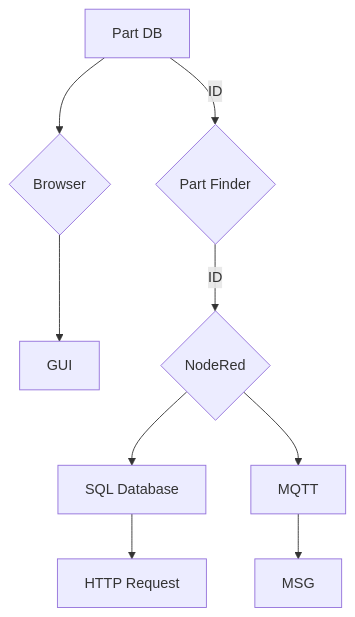
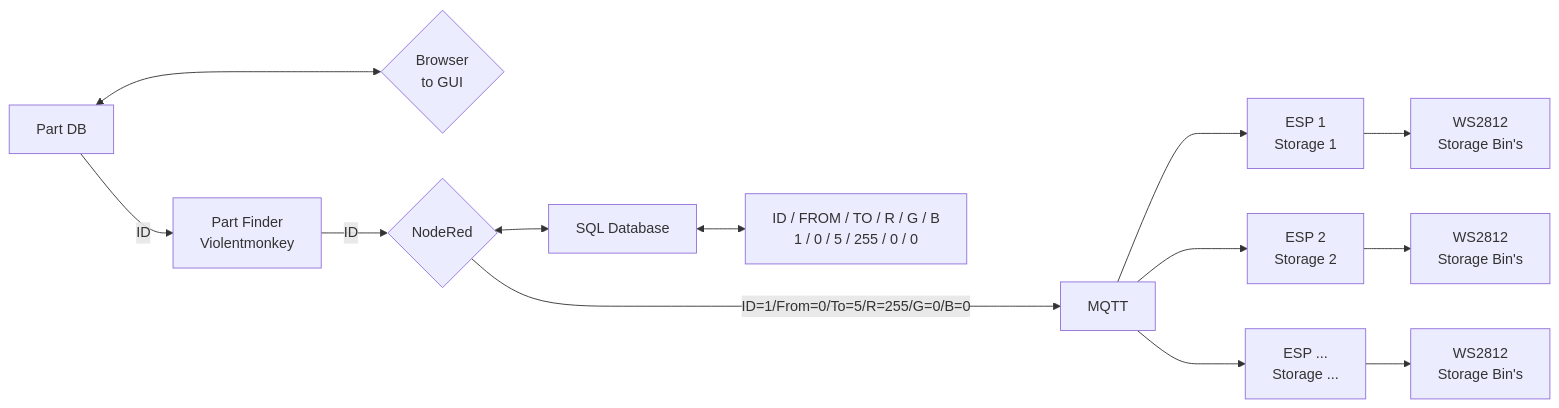
One commit to Technolitix/docs changed the diagram in docs/trix-spotlight-storage.md. Above: the diagram before and after it, drawn with Mermaid. The commit also changed other lines of this file and 3 other files, not shown here.

````diff
--- a/docs/trix-spotlight-storage.md
+++ b/docs/trix-spotlight-storage.md
@@ -4,11 +4,24 @@
 ``` mermaid
-graph TB
-  A[Part DB] -->|ID| B{Part Finder};
-  A[Part DB] --> C{Browser};
-  C --> E[GUI];
+graph LR
+  A[Part DB] <---> C{Browser
+  to GUI};
+  A[Part DB] -->|ID| B[Part Finder 
+  Violentmonkey];
   B -->|ID| D{NodeRed};
-  G --> F[HTTP Request];
-  D --> G[SQL Database];
-  D --> H[MQTT];
-  H --> MSG
+  D <--> G[SQL Database];
+  G <--> O[ID / FROM / TO / R / G / B
+  1  /  0  /  5  /  255  /  0  /  0  ];
+  D ----->|ID=1/From=0/To=5/R=255/G=0/B=0| H[MQTT];
+  H ---> I[ESP 1
+  Storage 1];
+  I --> L[WS2812
+  Storage Bin's];
+  H ---> J[ESP 2
+  Storage 2];
+  J --> M[WS2812
+  Storage Bin's];
+  H ---> K[ESP ...
+  Storage ...];
+  K --> N[WS2812
+  Storage Bin's];
 ```
````
